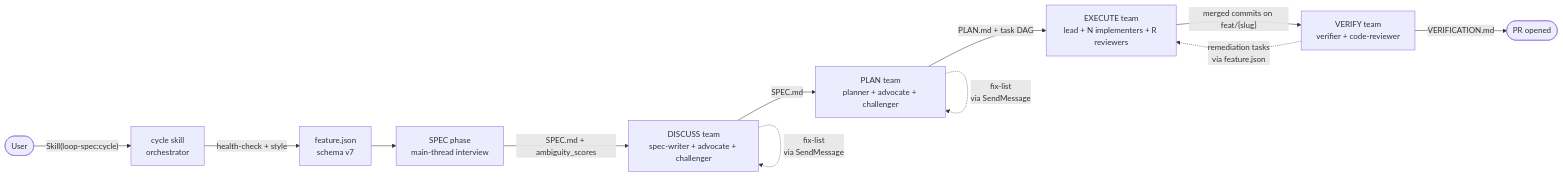
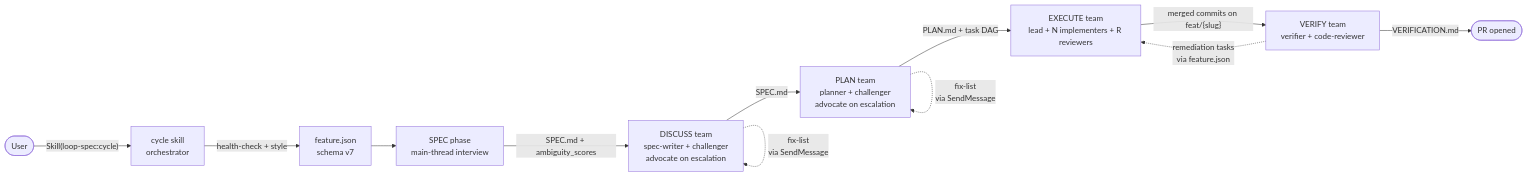
Before and after one commit to aztechead/loop-spec: the first of 5 diagrams in README.md, drawn with Mermaid. The commit also changed other lines of this file and 7 other files, not shown here.

````diff
--- a/README.md
+++ b/README.md
@@ -469,14 +469,14 @@
 ```mermaid
 flowchart LR
     user([User]) -->|"Skill(loop-spec:cycle)"| cycle[cycle skill<br/>orchestrator]
     cycle -->|"health-check + style"| init[feature.json<br/>schema v7]
     init --> spec[SPEC phase<br/>main-thread interview]
-    spec -->|SPEC.md + ambiguity_scores| discuss[DISCUSS team<br/>spec-writer + advocate + challenger]
-    discuss -->|SPEC.md| plan[PLAN team<br/>planner + advocate + challenger]
+    spec -->|SPEC.md + ambiguity_scores| discuss[DISCUSS team<br/>spec-writer + challenger<br/>advocate on escalation]
+    discuss -->|SPEC.md| plan[PLAN team<br/>planner + challenger<br/>advocate on escalation]
     plan -->|PLAN.md + task DAG| execute[EXECUTE team<br/>lead + N implementers + R reviewers]
     execute -->|merged commits on feat/&lcub;slug&rcub;| verify[VERIFY team<br/>verifier + code-reviewer]
     verify -->|VERIFICATION.md| pr([PR opened])
     verify -.->|remediation tasks<br/>via feature.json| execute
     plan -.->|fix-list<br/>via SendMessage| plan
     discuss -.->|fix-list<br/>via SendMessage| discuss
 ```
````
